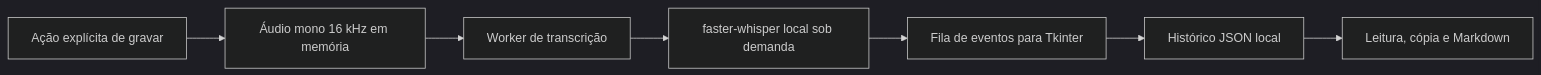
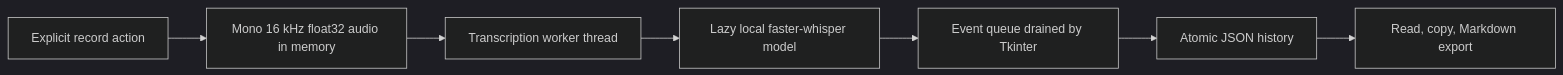
One commit to xfelipealves/audio-to-text changed the diagram in README.md. Above: the diagram before and after it, drawn with Mermaid (dark theme). The commit also changed other lines of this file, not shown here.

````diff
--- a/README.md
+++ b/README.md
@@ -64,9 +77,9 @@
 ```mermaid
 flowchart LR
-    A[Ação explícita de gravar] --> B[Áudio mono 16 kHz em memória]
-    B --> C[Worker de transcrição]
-    C --> D[faster-whisper local sob demanda]
-    D --> E[Fila de eventos para Tkinter]
-    E --> F[Histórico JSON local]
-    F --> G[Leitura, cópia e Markdown]
+    A[Explicit record action] --> B[Mono 16 kHz float32 audio in memory]
+    B --> C[Transcription worker thread]
+    C --> D[Lazy local faster-whisper model]
+    D --> E[Event queue drained by Tkinter]
+    E --> F[Atomic JSON history]
+    F --> G[Read, copy, Markdown export]
 ```
````
